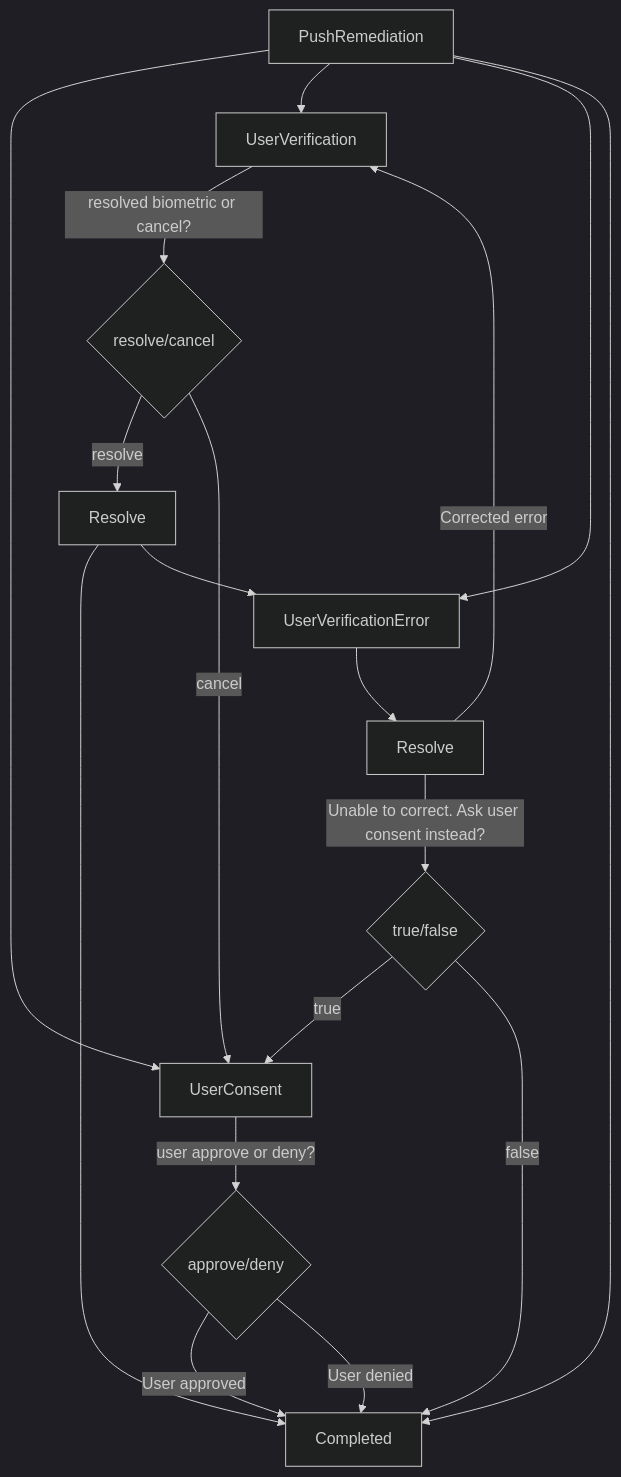
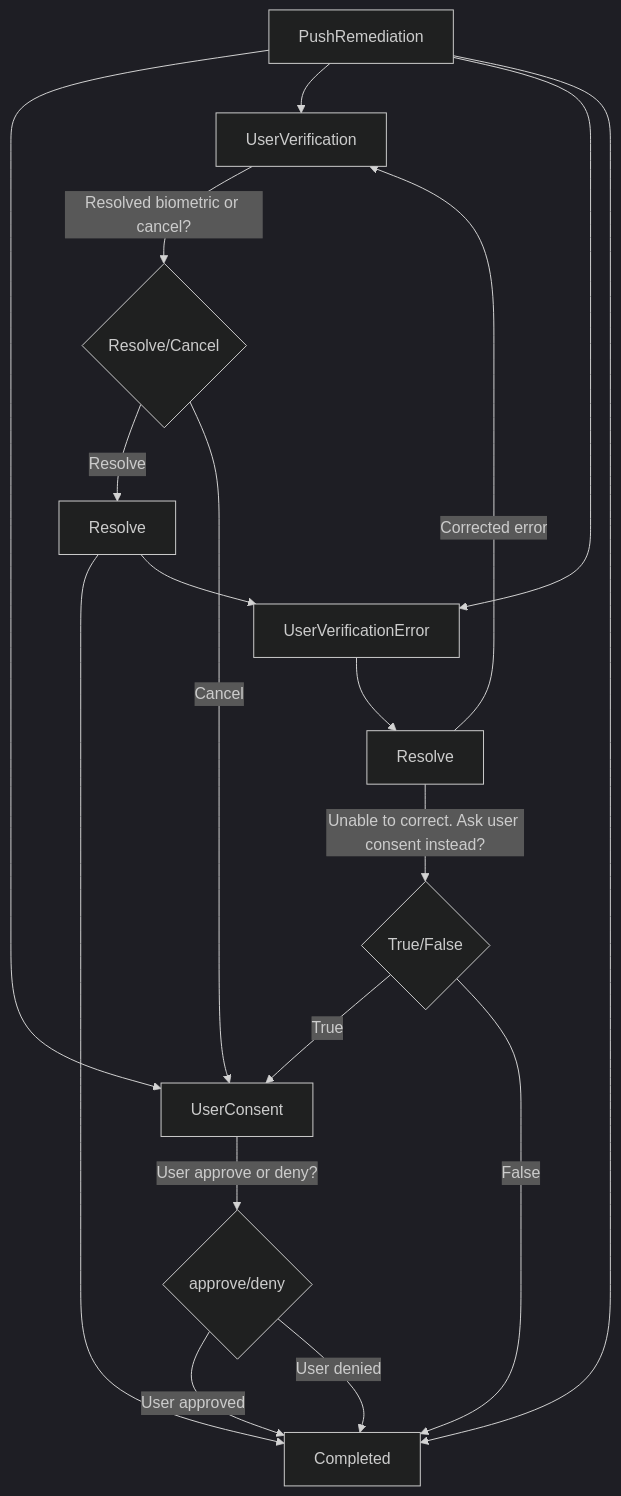
Before and after one commit to okta/okta-devices-kotlin: the diagram in README.md, drawn with Mermaid (dark theme). The commit also changed other lines of this file, not shown here.

````diff
--- a/README.md
+++ b/README.md
@@ -230,20 +230,20 @@
 ```mermaid
 graph TD
     PushRemediation --> UserConsent
     PushRemediation --> UserVerification
     PushRemediation --> UserVerificationError
     PushRemediation --> Completed
-    UserConsent --> |user approve or deny?|UserConsentAction{approve/deny}
+    UserConsent --> |User approve or deny?|UserConsentAction{approve/deny}
     UserConsentAction --> |User approved| Completed
     UserConsentAction --> |User denied| Completed
-    UserVerification --> |resolved biometric or cancel?|UserVerificationAction{resolve/cancel}
-    UserVerificationAction --> |resolve| Resolve
-    UserVerificationAction --> |cancel| UserConsent
+    UserVerification --> |Resolved biometric or cancel?|UserVerificationAction{Resolve/Cancel}
+    UserVerificationAction --> |Resolve| Resolve
+    UserVerificationAction --> |Cancel| UserConsent
     Resolve --> Completed
     Resolve --> UserVerificationError
     UserVerificationError --> ResolveError[Resolve]
     ResolveError --> |Corrected error|UserVerification
-    ResolveError --> |Unable to correct. Ask user consent instead?|ConsentOnFailure{true/false}
-    ConsentOnFailure --> |true|UserConsent
-    ConsentOnFailure --> |false|Completed
+    ResolveError --> |Unable to correct. Ask user consent instead?|ConsentOnFailure{True/False}
+    ConsentOnFailure --> |True|UserConsent
+    ConsentOnFailure --> |False|Completed
 ```
````
